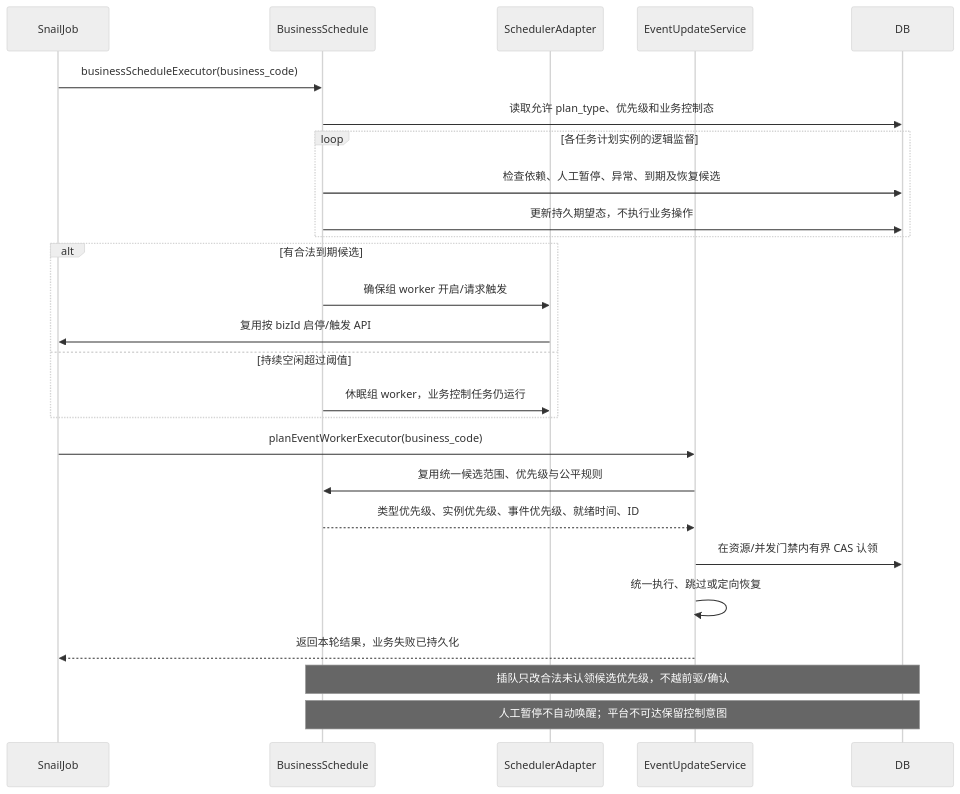
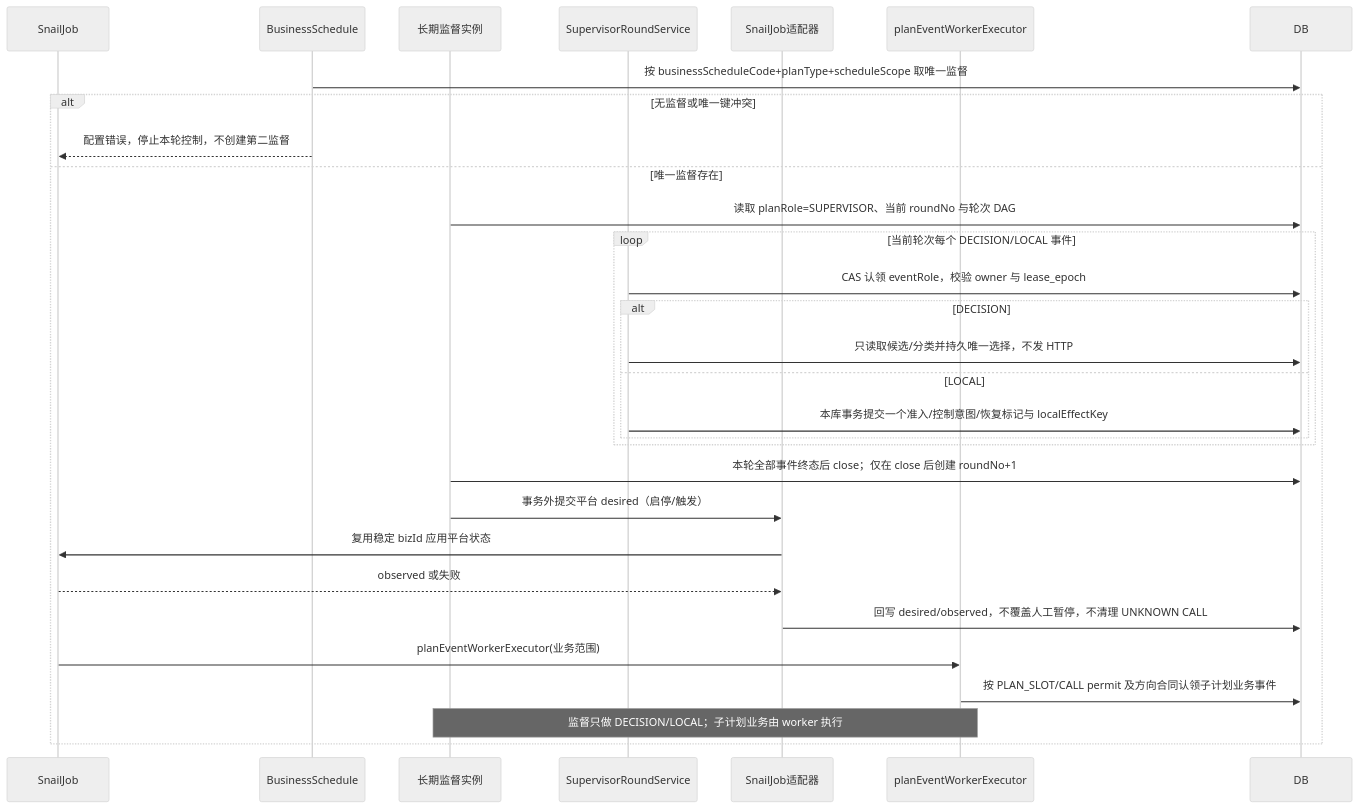
One commit to Yohmien/innolux-iws changed diagram 11 of 36 in docs/plan-event-state-machine-sequences.md. Above: the diagram before and after it, drawn with Mermaid (neutral theme). The commit also changed other lines of this file and 3 other files, not shown here.

Commit message:
docs(plan-event): 更新状态机设计与实施计划

````diff
--- a/docs/plan-event-state-machine-sequences.md
+++ b/docs/plan-event-state-machine-sequences.md
@@ -386,28 +609,32 @@
 ```mermaid
 sequenceDiagram
   participant J as SnailJob
   participant B as BusinessSchedule
-  participant S as SchedulerAdapter
-  participant E as EventUpdateService
+  participant S as 长期监督实例
+  participant R as SupervisorRoundService
+  participant A as SnailJob适配器
+  participant E as planEventWorkerExecutor
   participant D as DB
-  J->>B: businessScheduleExecutor(business_code)
-  B->>D: 读取允许 plan_type、优先级和业务控制态
-  loop 各任务计划实例的逻辑监督
-    B->>D: 检查依赖、人工暂停、异常、到期及恢复候选
-    B->>D: 更新持久期望态，不执行业务操作
+  B->>D: 按 businessScheduleCode+planType+scheduleScope 取唯一监督
+  alt 无监督或唯一键冲突
+    B-->>J: 配置错误，停止本轮控制，不创建第二监督
+  else 唯一监督存在
+    S->>D: 读取 planRole=SUPERVISOR、当前 roundNo 与轮次 DAG
+    loop 当前轮次每个 DECISION/LOCAL 事件
+      R->>D: CAS 认领 eventRole，校验 owner 与 lease_epoch
+      alt DECISION
+        R->>D: 只读取候选/分类并持久唯一选择，不发 HTTP
+      else LOCAL
+        R->>D: 本库事务提交一个准入/控制意图/恢复标记与 localEffectKey
+      end
+    end
+    S->>D: 本轮全部事件终态后 close；仅在 close 后创建 roundNo+1
+    S->>A: 事务外提交平台 desired（启停/触发）
+    A->>J: 复用稳定 bizId 应用平台状态
+    J-->>A: observed 或失败
+    A->>D: 回写 desired/observed，不覆盖人工暂停，不清理 UNKNOWN CALL
+    J->>E: planEventWorkerExecutor(业务范围)
+    E->>D: 按 PLAN_SLOT/CALL permit 及方向合同认领子计划业务事件
+    Note over S,E: 监督只做 DECISION/LOCAL；子计划业务由 worker 执行
   end
-  alt 有合法到期候选
-    B->>S: 确保组 worker 开启/请求触发
-    S->>J: 复用按 bizId 启停/触发 API
-  else 持续空闲超过阈值
-    B->>S: 休眠组 worker，业务控制任务仍运行
-  end
-  J->>E: planEventWorkerExecutor(business_code)
-  E->>B: 复用统一候选范围、优先级与公平规则
-  B-->>E: 类型优先级、实例优先级、事件优先级、就绪时间、ID
-  E->>D: 在资源/并发门禁内有界 CAS 认领
-  E->>E: 统一执行、跳过或定向恢复
-  E-->>J: 返回本轮结果，业务失败已持久化
-  Note over B,D: 插队只改合法未认领候选优先级，不越前驱/确认
-  Note over B,D: 人工暂停不自动唤醒；平台不可达保留控制意图
 ```
````
